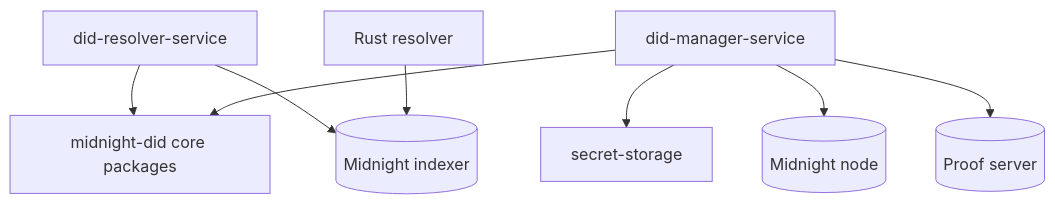
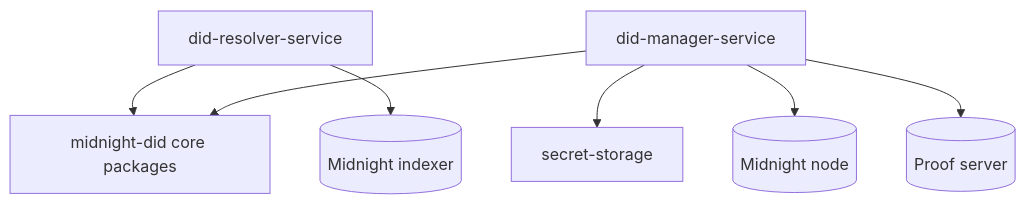
The diagram in docs-site/architecture/index.md (midnightntwrk/midnight-did-resolver), drawn with Mermaid before and after one commit. The commit also changed 510 other files, not shown here.

````diff
--- a/docs-site/architecture/index.md
+++ b/docs-site/architecture/index.md
@@ -5,19 +5,17 @@
 ```mermaid
 graph TD
   Core[midnight-did core packages]
   Secret[secret-storage]
   Resolver[did-resolver-service]
   Manager[did-manager-service]
-  Rust[Rust resolver]
   Indexer[(Midnight indexer)]
   Node[(Midnight node)]
   Proof[(Proof server)]
 
   Resolver --> Core
   Resolver --> Indexer
   Manager --> Core
   Manager --> Secret
   Manager --> Node
   Manager --> Proof
-  Rust --> Indexer
 ```
````
